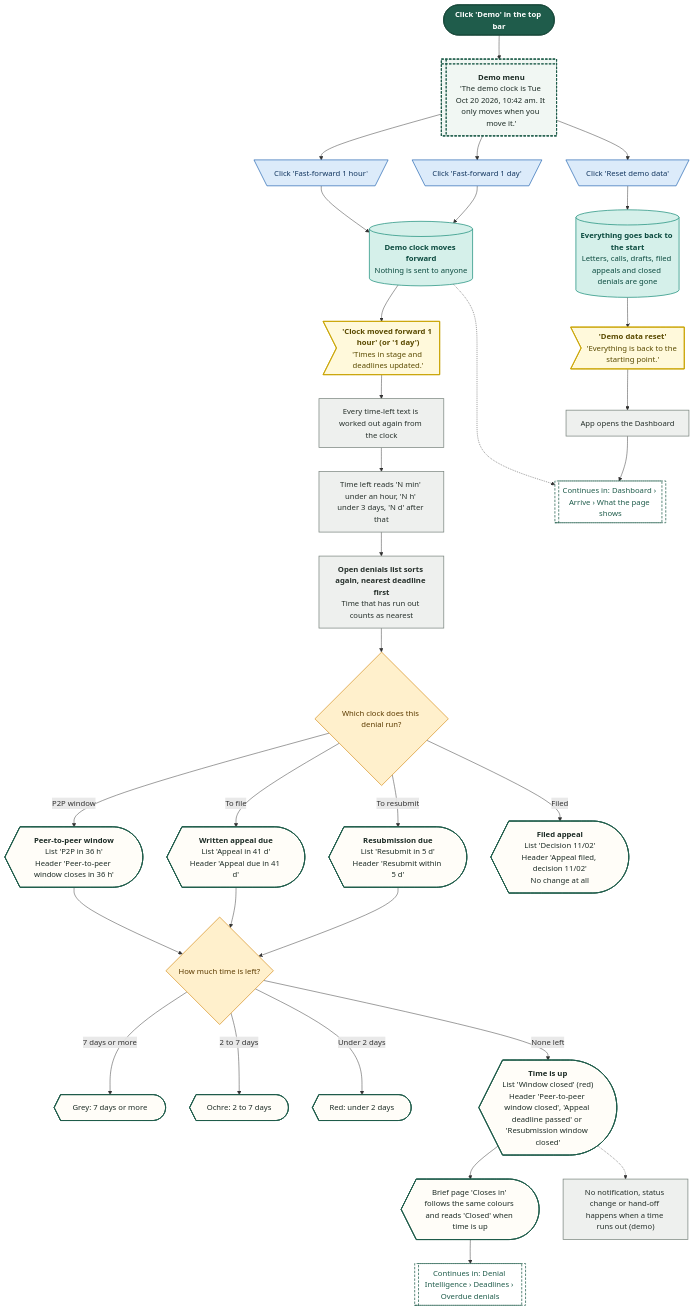
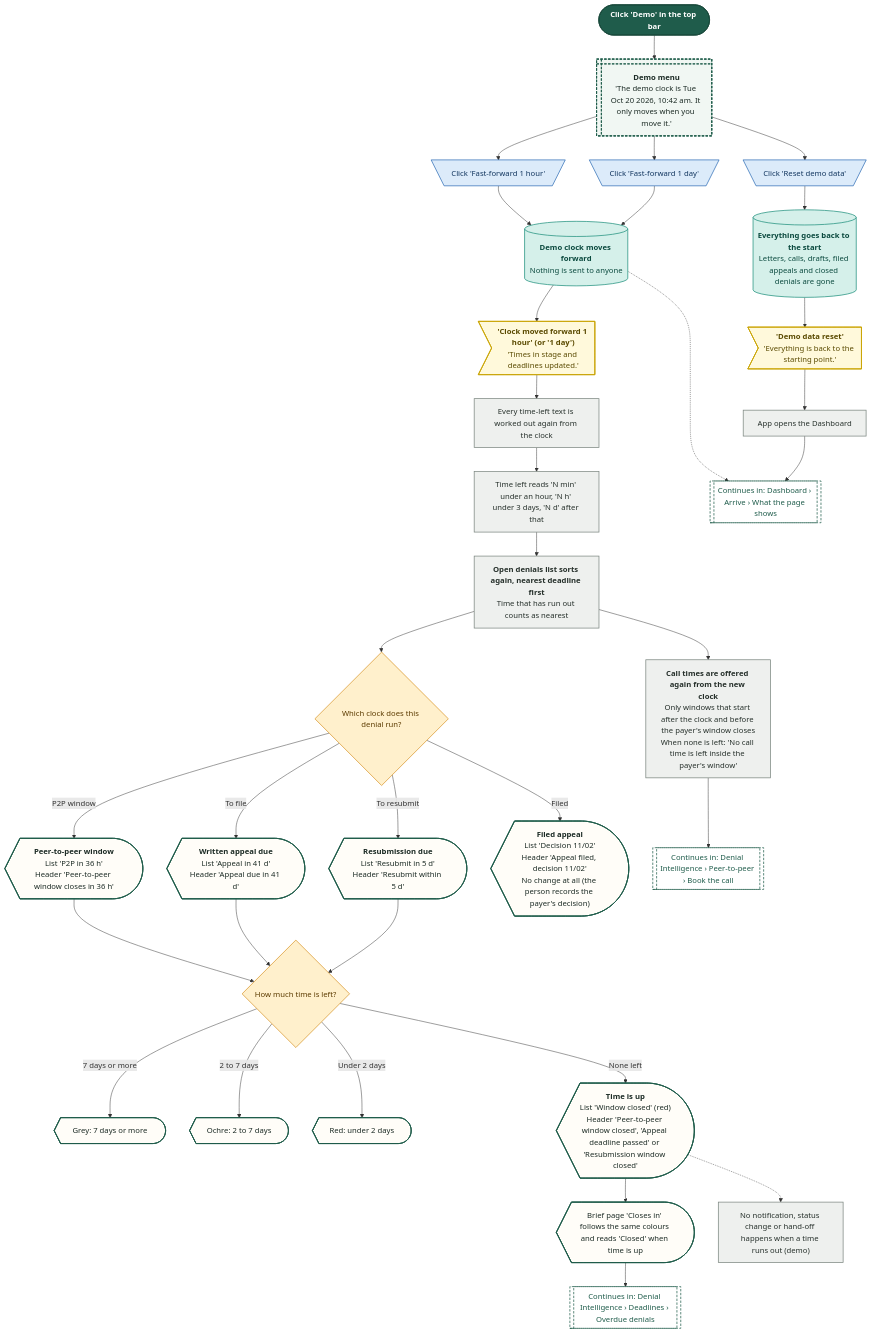
One commit to Shrav143/psyfloapp changed diagram 18 of 20 in demos/prior-auth-demo/workflows/out/md/06-denials.md. Above: the diagram before and after it, drawn with Mermaid. The commit also changed other lines of this file and 195 other files, not shown here.

First line of the commit message:
docs: Rebuild workflow diagrams after the demo fixes (220 diagrams)

````diff
--- a/demos/prior-auth-demo/workflows/out/md/06-denials.md
+++ b/demos/prior-auth-demo/workflows/out/md/06-denials.md
@@ -1200,77 +1386,80 @@
 ```mermaid
 %%{init: {"theme":"base","themeVariables":{"fontFamily":"'DM Sans', 'Segoe UI', system-ui, sans-serif","fontSize":"15px","lineColor":"#5B6B63","primaryTextColor":"#1C2B25","clusterBkg":"#FBF8F3","clusterBorder":"#D9CDBB","edgeLabelBackground":"#FFFFFF"},"flowchart":{"curve":"basis","nodeSpacing":36,"rankSpacing":48,"padding":12,"htmlLabels":true,"useMaxWidth":false,"wrappingWidth":230}} }%%
 flowchart TD
   classDef k_start fill:#1F5C4B,stroke:#174638,color:#FFFFFF,stroke-width:1.5px,font-weight:600
   classDef k_end fill:#DDEFE3,stroke:#2E7D4F,color:#14502F,stroke-width:1.5px,font-weight:600
   classDef k_endx fill:#FBE3E0,stroke:#C0392B,color:#7A1F16,stroke-width:1.5px,font-weight:600
   classDef k_screen fill:#FFFDF8,stroke:#1F5C4B,color:#1C2B25,stroke-width:2px
   classDef k_overlay fill:#F1F7F3,stroke:#1F5C4B,color:#1C2B25,stroke-width:2px,stroke-dasharray:5 3
   classDef k_click fill:#DCEBFA,stroke:#2F6DB5,color:#12365F,stroke-width:1.5px
   classDef k_input fill:#E4E7FF,stroke:#4C5FD5,color:#1D2670,stroke-width:1.5px
   classDef k_process fill:#EEF0EE,stroke:#7A857F,color:#26302B,stroke-width:1.5px
   classDef k_agent fill:#EEE5FA,stroke:#7A4FC2,color:#341A63,stroke-width:1.5px
   classDef k_decision fill:#FFF0CC,stroke:#D9962B,color:#5C3B00,stroke-width:1.5px
   classDef k_store fill:#D5F0EA,stroke:#1C8E7B,color:#0B4A3F,stroke-width:1.5px
   classDef k_doc fill:#F6E9DC,stroke:#B07A4C,color:#4A2E14,stroke-width:1.5px
   classDef k_ext fill:#FFE6D2,stroke:#E07B39,color:#6B2F06,stroke-width:1.5px
   classDef k_wait fill:#E4E8EE,stroke:#6B7C93,color:#26303D,stroke-width:1.5px
   classDef k_toast fill:#FFF9DB,stroke:#C9A400,color:#5A4A00,stroke-width:1.5px
   classDef k_goto fill:#FFFFFF,stroke:#1F5C4B,color:#1F5C4B,stroke-width:1.5px,stroke-dasharray:5 3
   s1@{ shape: stadium, label: "Click 'Demo' in the top bar" }
   o1@{ shape: win-pane, label: "<b>Demo menu</b><br/>'The demo clock is Tue Oct 20 2026, 10:42 am. It only moves when you move it.'" }
   c1@{ shape: trap-t, label: "Click 'Fast-forward 1 hour'" }
   c2@{ shape: trap-t, label: "Click 'Fast-forward 1 day'" }
   st1@{ shape: cyl, label: "<b>Demo clock moves forward</b><br/>Nothing is sent to anyone" }
   t1@{ shape: odd, label: "<b>'Clock moved forward 1 hour' (or '1 day')</b><br/>'Times in stage and deadlines updated.'" }
   p1@{ shape: rect, label: "Every time-left text is worked out again from the clock" }
   p2@{ shape: rect, label: "Time left reads 'N min' under an hour, 'N h' under 3 days, 'N d' after that" }
   p3@{ shape: rect, label: "<b>Open denials list sorts again, nearest deadline first</b><br/>Time that has run out counts as nearest" }
   d1@{ shape: diam, label: "Which clock does this denial run?" }
   k1@{ shape: curv-trap, label: "<b>Peer-to-peer window</b><br/>List 'P2P in 36 h'<br/>Header 'Peer-to-peer window closes in 36 h'" }
   k2@{ shape: curv-trap, label: "<b>Written appeal due</b><br/>List 'Appeal in 41 d'<br/>Header 'Appeal due in 41 d'" }
   k3@{ shape: curv-trap, label: "<b>Resubmission due</b><br/>List 'Resubmit in 5 d'<br/>Header 'Resubmit within 5 d'" }
-  k4@{ shape: curv-trap, label: "<b>Filed appeal</b><br/>List 'Decision 11/02'<br/>Header 'Appeal filed, decision 11/02'<br/>No change at all" }
+  k4@{ shape: curv-trap, label: "<b>Filed appeal</b><br/>List 'Decision 11/02'<br/>Header 'Appeal filed, decision 11/02'<br/>No change at all (the person records the payer's decision)" }
   d2@{ shape: diam, label: "How much time is left?" }
   m1@{ shape: curv-trap, label: "Grey: 7 days or more" }
   m2@{ shape: curv-trap, label: "Ochre: 2 to 7 days" }
   m3@{ shape: curv-trap, label: "Red: under 2 days" }
   m4@{ shape: curv-trap, label: "<b>Time is up</b><br/>List 'Window closed' (red)<br/>Header 'Peer-to-peer window closed', 'Appeal deadline passed' or 'Resubmission window closed'" }
   m5@{ shape: curv-trap, label: "Brief page 'Closes in' follows the same colours and reads 'Closed' when time is up" }
   g1@{ shape: subproc, label: "Continues in: Denial Intelligence › Deadlines › Overdue denials" }
+  p6@{ shape: rect, label: "<b>Call times are offered again from the new clock</b><br/>Only windows that start after the clock and before the payer's window closes<br/>When none is left: 'No call time is left inside the payer's window'" }
+  g3@{ shape: subproc, label: "Continues in: Denial Intelligence › Peer-to-peer › Book the call" }
   g2@{ shape: subproc, label: "Continues in: Dashboard › Arrive › What the page shows" }
   p4@{ shape: rect, label: "No notification, status change or hand-off happens when a time runs out (demo)" }
   c3@{ shape: trap-t, label: "Click 'Reset demo data'" }
   st2@{ shape: cyl, label: "<b>Everything goes back to the start</b><br/>Letters, calls, drafts, filed appeals and closed denials are gone" }
   t2@{ shape: odd, label: "<b>'Demo data reset'</b><br/>'Everything is back to the starting point.'" }
   p5@{ shape: rect, label: "App opens the Dashboard" }
   s1 --> o1 --> c1
   o1 --> c2
   c1 --> st1
   c2 --> st1
   st1 --> t1 --> p1 --> p2 --> p3
   p3 --> d1
   d1 -->|"P2P window"| k1
   d1 -->|"To file"| k2
   d1 -->|"To resubmit"| k3
   d1 -->|"Filed"| k4
   k1 --> d2
   k2 --> d2
   k3 --> d2
   d2 -->|"7 days or more"| m1
   d2 -->|"2 to 7 days"| m2
   d2 -->|"Under 2 days"| m3
   d2 -->|"None left"| m4
   m4 --> m5 --> g1
   m4 -.-> p4
   st1 -.-> g2
+  p3 --> p6 --> g3
   o1 --> c3 --> st2 --> t2 --> p5 --> g2
   class s1 k_start
   class o1 k_overlay
   class c1,c2,c3 k_click
   class st1,st2 k_store
   class t1,t2 k_toast
-  class p1,p2,p3,p4,p5 k_process
+  class p1,p2,p3,p6,p4,p5 k_process
   class d1,d2 k_decision
   class k1,k2,k3,k4,m1,m2,m3,m4,m5 k_screen
-  class g1,g2 k_goto
+  class g1,g3,g2 k_goto
 ```
````
